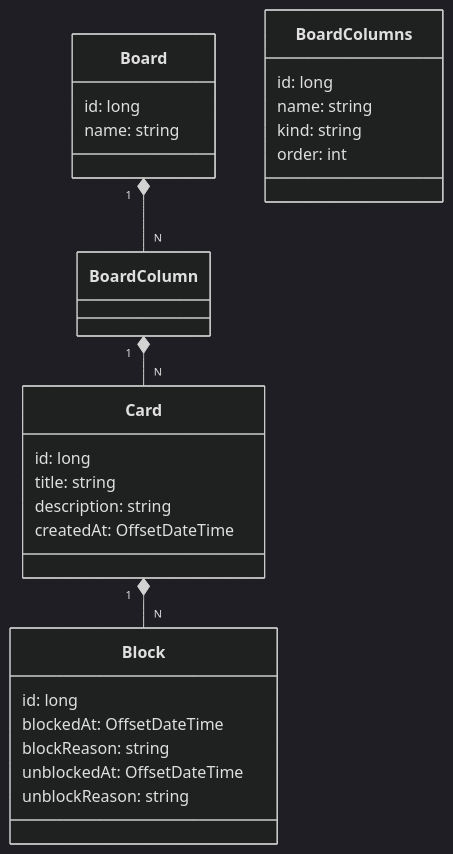
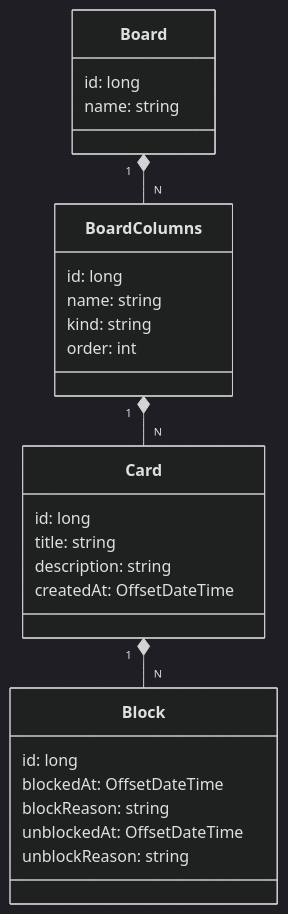
The diagram in README.md (RinoaYK/board), drawn with Mermaid (dark theme) before and after one commit. The commit also changed other lines of this file and 4 other files, not shown here.

````diff
--- a/README.md
+++ b/README.md
@@ -13,31 +13,31 @@
 ```mermaid
 classDiagram
     class Board {
         id: long
         name: string
     }
     class BoardColumns {
         id: long
         name: string
         kind: string
         order: int
     }
     class Card {
         id: long
         title: string
         description: string   
         createdAt: OffsetDateTime     
     }
     class Block {
         id: long        
         blockedAt: OffsetDateTime
         blockReason: string
         unblockedAt: OffsetDateTime
         unblockReason: string
     }
 
-  Board "1" *-- "N" BoardColumn
-  BoardColumn "1" *-- "N" Card
+  Board "1" *-- "N" BoardColumns
+  BoardColumns "1" *-- "N" Card
   Card "1" *-- "N" Block
     
 ```
````
